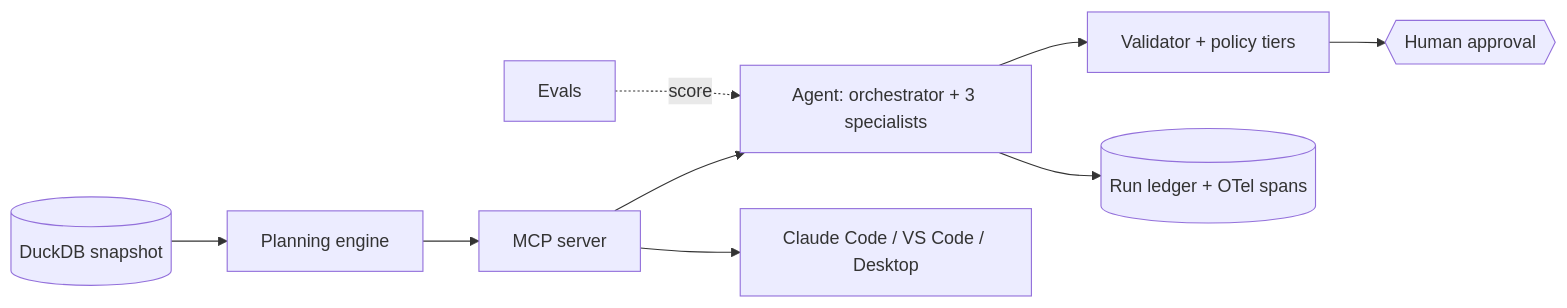
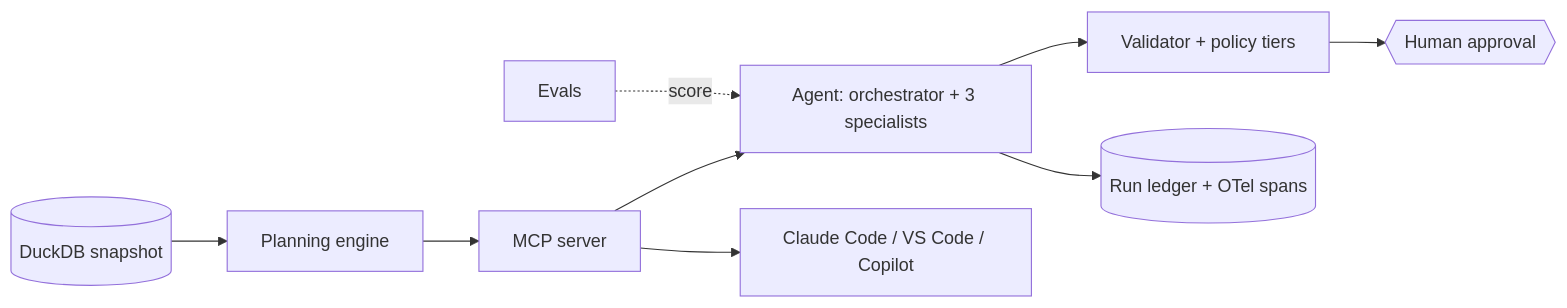
The diagram in README.md (Nainil30/supply-sentinel), drawn with Mermaid before and after one commit. The commit also changed other lines of this file and 4 other files, not shown here.

````diff
--- a/README.md
+++ b/README.md
@@ -19,11 +28,11 @@
 ```mermaid
 flowchart LR
   D[(DuckDB snapshot)] --> E[Planning engine]
   E --> M[MCP server]
   M --> A[Agent: orchestrator + 3 specialists]
   A --> V[Validator + policy tiers]
   V --> H{{Human approval}}
-  M --> X[Claude Code / VS Code / Desktop]
+  M --> X[Claude Code / VS Code / Copilot]
   A --> L[(Run ledger + OTel spans)]
   EV[Evals] -. score .-> A
 ```
````
